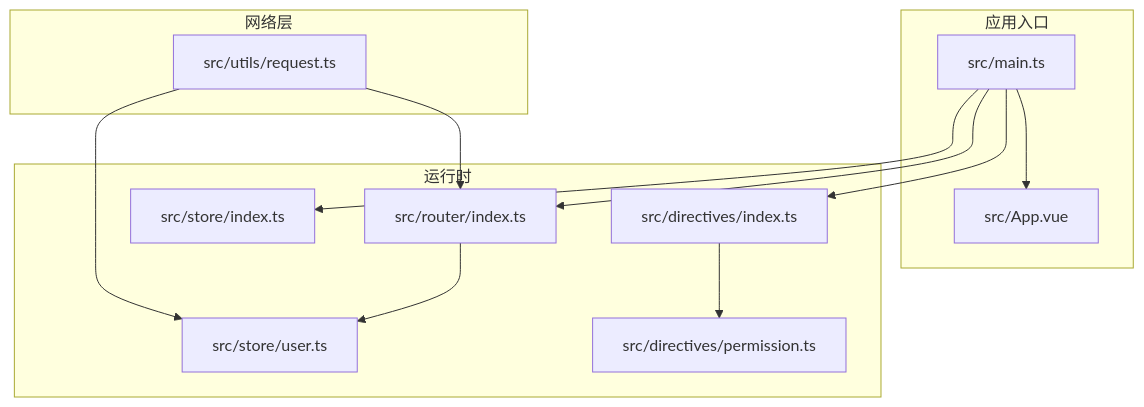
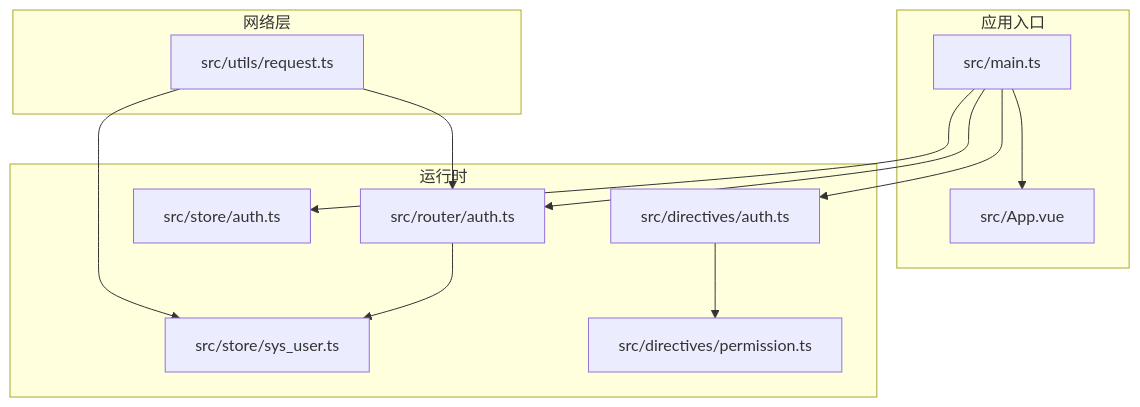
One commit to qiseyun/vue-ts-admin changed the first of 7 diagrams in .qoder/repowiki/zh/content/开发指南/开发指南.md. Above: the diagram before and after it, drawn with Mermaid. The commit also changed other lines of this file and 42 other files, not shown here.

````diff
--- a/.qoder/repowiki/zh/content/开发指南/开发指南.md
+++ b/.qoder/repowiki/zh/content/开发指南/开发指南.md
@@ -50,25 +50,25 @@
 ```mermaid
 graph TB
 subgraph "应用入口"
 MAIN["src/main.ts"]
 APP["src/App.vue"]
 end
 subgraph "运行时"
-ROUTER["src/router/index.ts"]
-STORE["src/store/index.ts"]
-USERSTORE["src/store/user.ts"]
-DIRECTIVES["src/directives/index.ts"]
+ROUTER["src/router/auth.ts"]
+STORE["src/store/auth.ts"]
+USERSTORE["src/store/sys_user.ts"]
+DIRECTIVES["src/directives/auth.ts"]
 PERMDIR["src/directives/permission.ts"]
 end
 subgraph "网络层"
 REQUEST["src/utils/request.ts"]
 end
 MAIN --> APP
 MAIN --> ROUTER
 MAIN --> STORE
 MAIN --> DIRECTIVES
 DIRECTIVES --> PERMDIR
 ROUTER --> USERSTORE
 REQUEST --> ROUTER
 REQUEST --> USERSTORE
 ```
````
